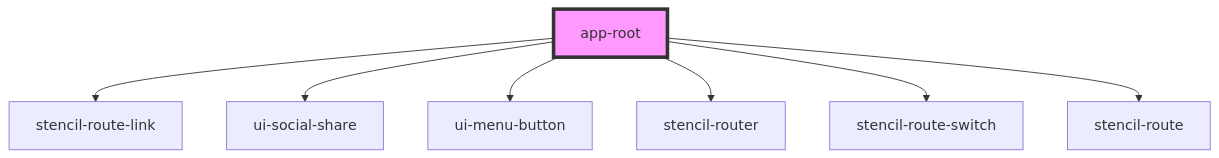
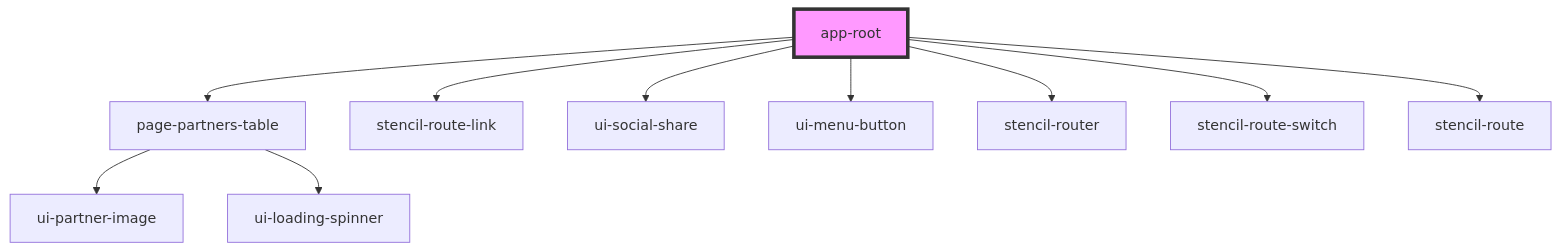
Before and after one commit to pizza-to-the-polls/power-the-polls: the diagram in site/src/components/app-root/readme.md, drawn with Mermaid. The commit also changed other lines of this file and 15 other files, not shown here.

````diff
--- a/site/src/components/app-root/readme.md
+++ b/site/src/components/app-root/readme.md
@@ -20,10 +21,13 @@
 ```mermaid
 graph TD;
+  app-root --> page-partners-table
   app-root --> stencil-route-link
   app-root --> ui-social-share
   app-root --> ui-menu-button
   app-root --> stencil-router
   app-root --> stencil-route-switch
   app-root --> stencil-route
+  page-partners-table --> ui-partner-image
+  page-partners-table --> ui-loading-spinner
   style app-root fill:#f9f,stroke:#333,stroke-width:4px
 ```
````
